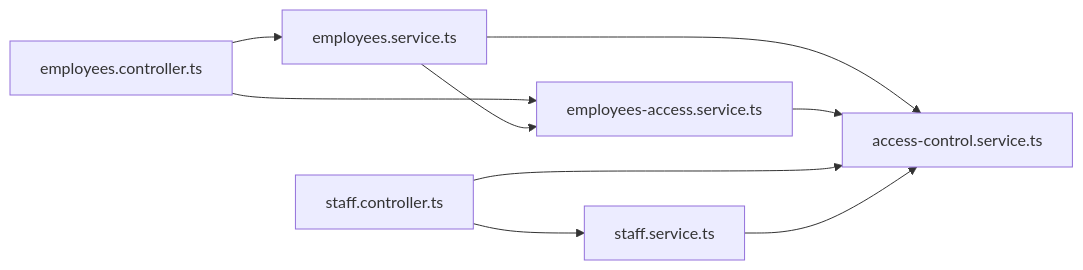
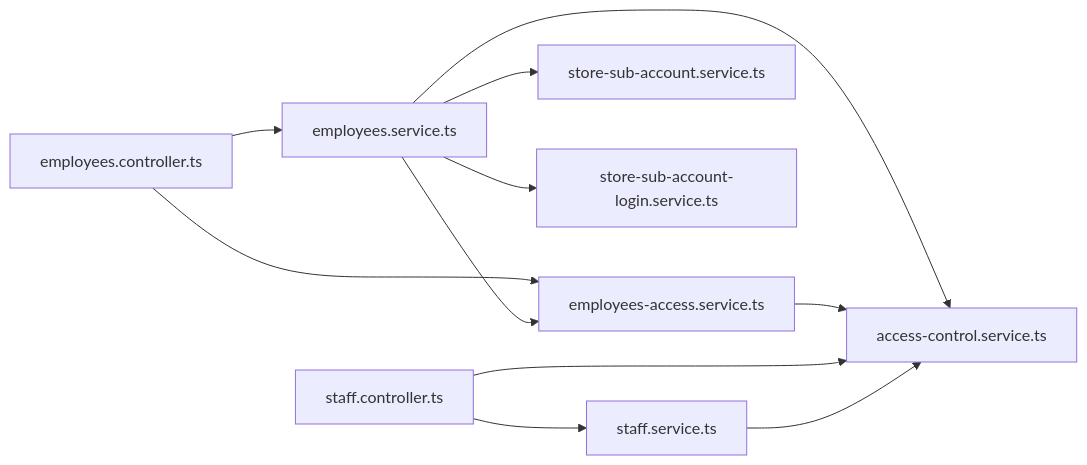
The eighth of 8 diagrams in .qoder/repowiki/zh/content/业务模块/员工管理模块/员工管理模块.md (rc558620/purelyprofit-server), drawn with Mermaid before and after one commit. The commit also changed other lines of this file and 35 other files, not shown here.

````diff
--- a/.qoder/repowiki/zh/content/业务模块/员工管理模块/员工管理模块.md
+++ b/.qoder/repowiki/zh/content/业务模块/员工管理模块/员工管理模块.md
@@ -315,11 +379,13 @@
 ```mermaid
 graph LR
 EmpCtrl["employees.controller.ts"] --> EmpSvc["employees.service.ts"]
 EmpCtrl --> EmpAccess["employees-access.service.ts"]
 EmpSvc --> EmpAccess
 EmpSvc --> AC["access-control.service.ts"]
+EmpSvc --> SubAccountSvc["store-sub-account.service.ts"]
+EmpSvc --> SubAccountLogin["store-sub-account-login.service.ts"]
 EmpAccess --> AC
 SeatCtrl["staff.controller.ts"] --> SeatSvc["staff.service.ts"]
 SeatCtrl --> AC
 SeatSvc --> AC
 ```
````
